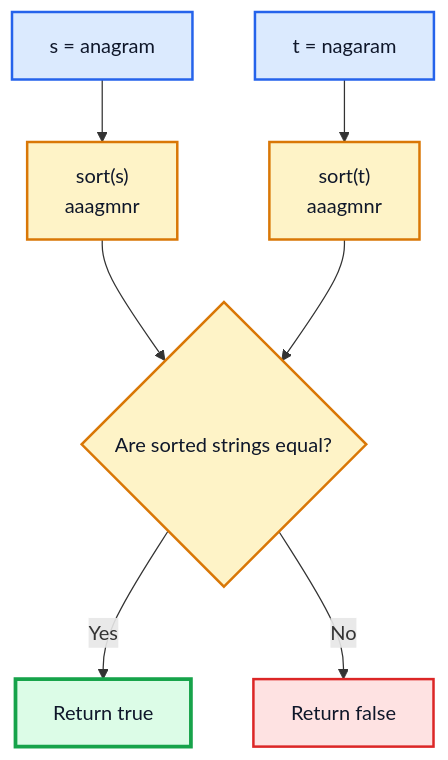
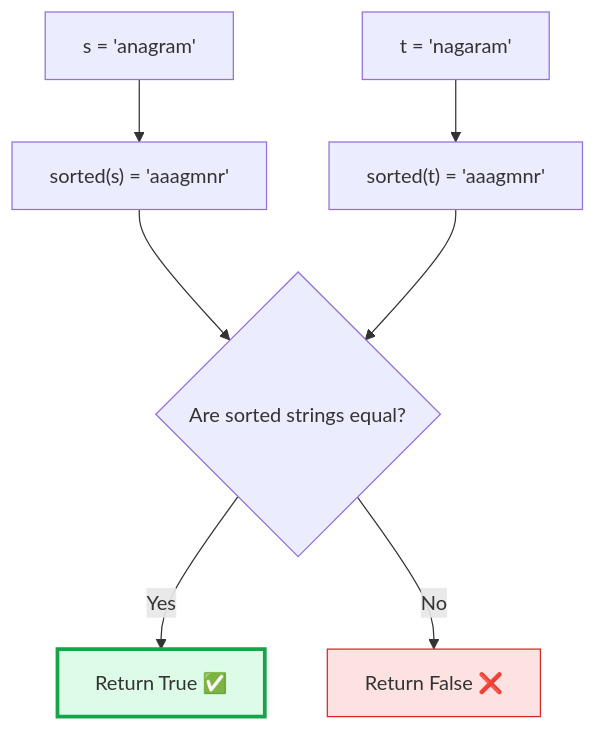
Before and after one commit to M-F-Tushar/LeetCode-Problem-Solving: the fifth of 15 diagrams in 03 - Valid Anagram/README.md, drawn with Mermaid. The commit also changed other lines of this file, not shown here.

````diff
--- a/03 - Valid Anagram/README.md
+++ b/03 - Valid Anagram/README.md
@@ -204,21 +150,14 @@
 ```mermaid
 flowchart TD
-    A["s = anagram"] --> B["sort(s)<br/>aaagmnr"]
-    C["t = nagaram"] --> D["sort(t)<br/>aaagmnr"]
+    S["s = 'anagram'"] --> SS["sorted(s) = 'aaagmnr'"]
+    T["t = 'nagaram'"] --> ST["sorted(t) = 'aaagmnr'"]
 
-    B --> E{"Are sorted strings equal?"}
-    D --> E
+    SS --> Cmp{"Are sorted strings equal?"}
+    ST --> Cmp
 
-    E -->|"Yes"| F["Return true"]
-    E -->|"No"| G["Return false"]
+    Cmp -- Yes --> True["Return True ✅"]
+    Cmp -- No  --> False["Return False ❌"]
 
-    classDef input fill:#dbeafe,stroke:#2563eb,stroke-width:2px,color:#0f172a;
-    classDef process fill:#fef3c7,stroke:#d97706,stroke-width:2px,color:#0f172a;
-    classDef success fill:#dcfce7,stroke:#16a34a,stroke-width:3px,color:#0f172a;
-    classDef fail fill:#fee2e2,stroke:#dc2626,stroke-width:2px,color:#0f172a;
-
-    class A,C input;
-    class B,D,E process;
-    class F success;
-    class G fail;
+    style True fill:#dcfce7,stroke:#16a34a,stroke-width:3px
+    style False fill:#fee2e2,stroke:#dc2626
 ```
````
